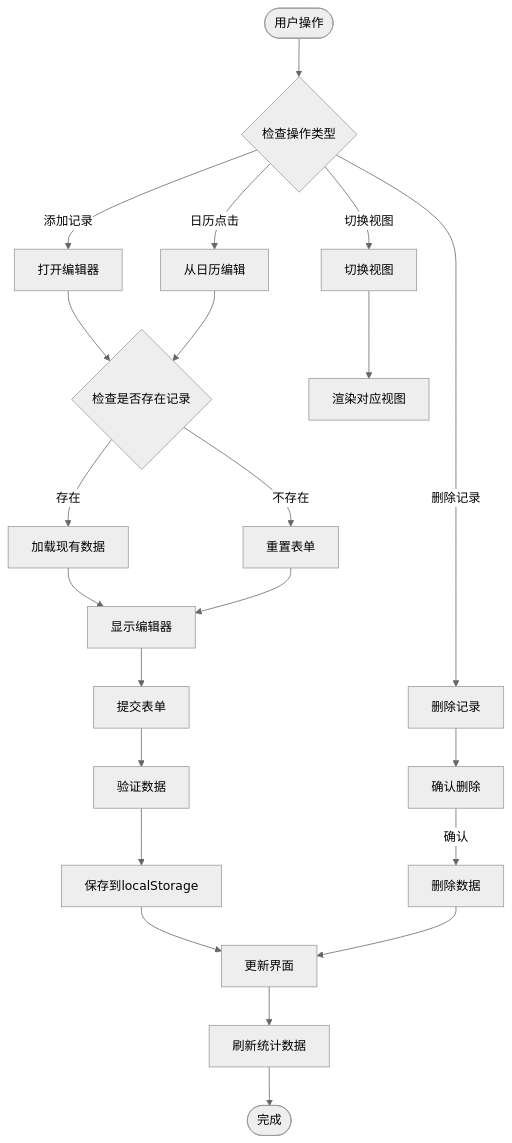
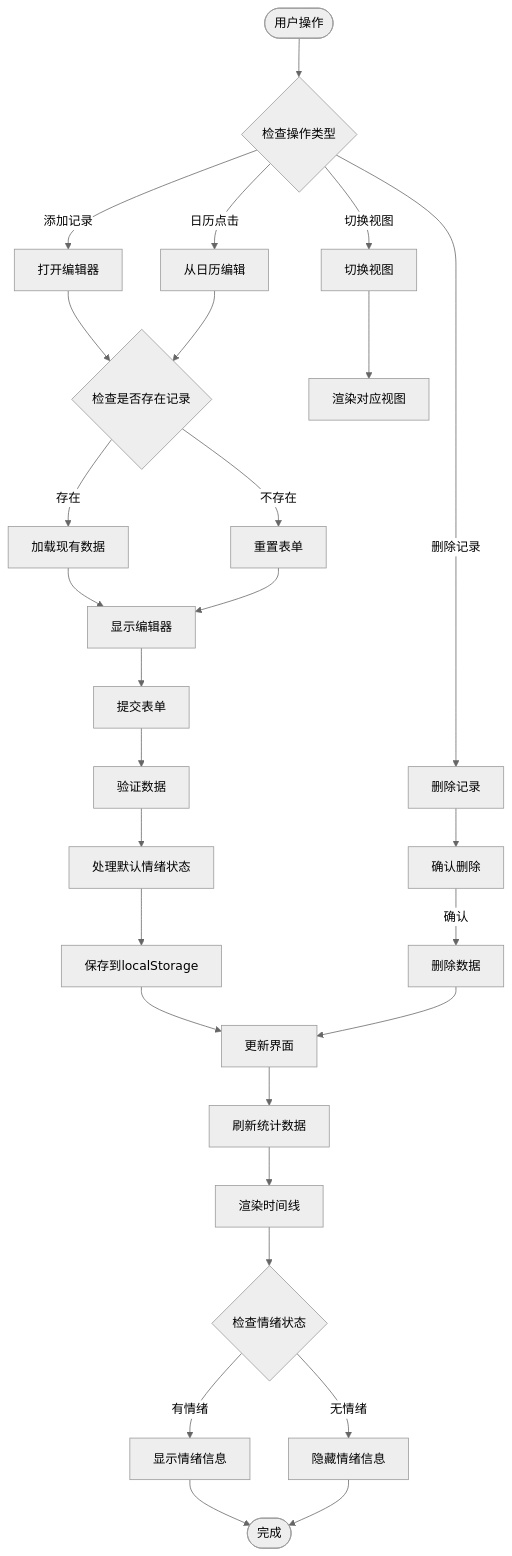
Before and after one commit to jeankeim/wuxing-fashion: the third of 10 diagrams in .qoder/repowiki/zh/content/控制器系统/穿搭日记控制器.md, drawn with Mermaid (neutral theme). The commit also changed other lines of this file and 27 other files, not shown here.

````diff
--- a/.qoder/repowiki/zh/content/控制器系统/穿搭日记控制器.md
+++ b/.qoder/repowiki/zh/content/控制器系统/穿搭日记控制器.md
@@ -172,24 +182,30 @@
 ```mermaid
 flowchart TD
 Start([用户操作]) --> CheckAction{检查操作类型}
 CheckAction --> |添加记录| OpenEditor[打开编辑器]
 CheckAction --> |删除记录| DeleteRecord[删除记录]
 CheckAction --> |切换视图| SwitchView[切换视图]
 CheckAction --> |日历点击| EditFromCalendar[从日历编辑]
 OpenEditor --> LoadExisting{检查是否存在记录}
 LoadExisting --> |存在| LoadData[加载现有数据]
 LoadExisting --> |不存在| ResetForm[重置表单]
 LoadData --> ShowEditor[显示编辑器]
 ResetForm --> ShowEditor
 ShowEditor --> SubmitForm[提交表单]
 SubmitForm --> ValidateData[验证数据]
-ValidateData --> SaveData[保存到localStorage]
+ValidateData --> ProcessMood[处理默认情绪状态]
+ProcessMood --> SaveData[保存到localStorage]
 SaveData --> UpdateUI[更新界面]
 DeleteRecord --> ConfirmDelete[确认删除]
 ConfirmDelete --> |确认| RemoveData[删除数据]
 RemoveData --> UpdateUI
 SwitchView --> RenderView[渲染对应视图]
 EditFromCalendar --> LoadExisting
 UpdateUI --> RefreshStats[刷新统计数据]
-RefreshStats --> End([完成])
+RefreshStats --> RenderTimeline[渲染时间线]
+RenderTimeline --> CheckMood{检查情绪状态}
+CheckMood --> |有情绪| ShowMood[显示情绪信息]
+CheckMood --> |无情绪| HideMood[隐藏情绪信息]
+ShowMood --> End([完成])
+HideMood --> End
 ```
````
